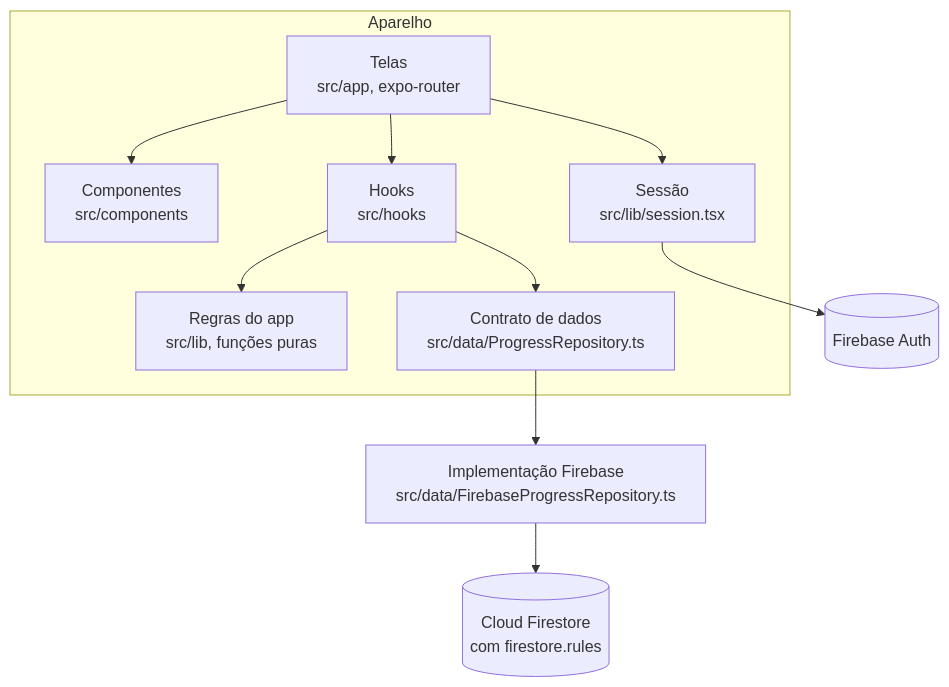
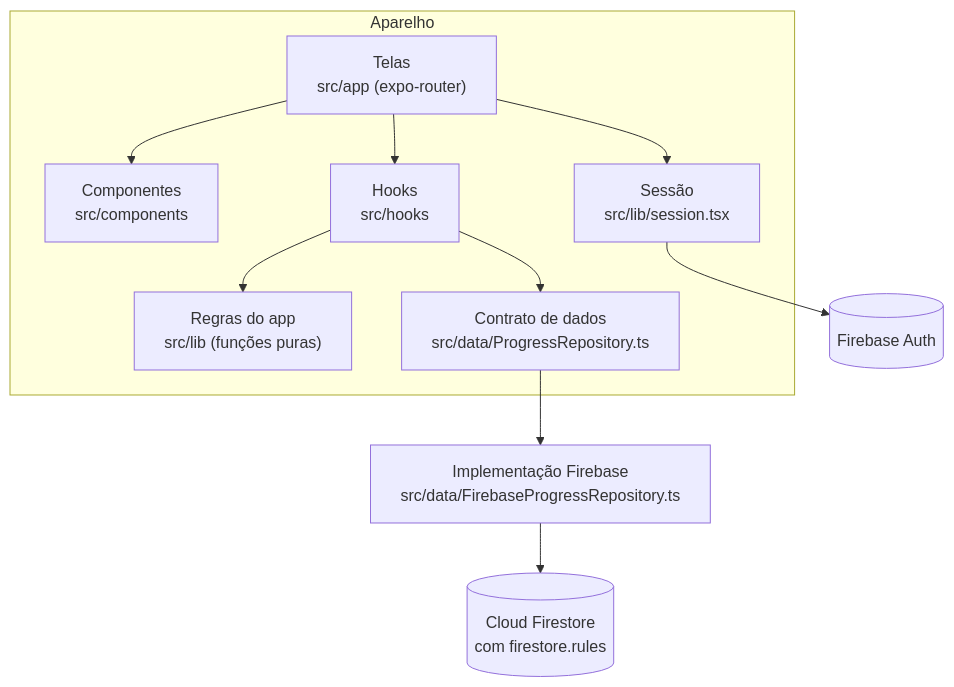
The third of 3 diagrams in docs/arquitetura.md (Tiagopbc/App_MobileBuilders_Maragames), drawn with Mermaid before and after one commit. The commit also changed 6 other files, not shown here.

Commit message:
Perfil sem o texto do Google que sobrou da entrega 1, e diagrama Camadas com rótulos entre aspas

````diff
--- a/docs/arquitetura.md
+++ b/docs/arquitetura.md
@@ -48,13 +48,13 @@
 ```mermaid
 flowchart TB
     subgraph Aparelho
-        T[Telas<br/>src/app, expo-router] --> K[Componentes<br/>src/components]
-        T --> S[Sessão<br/>src/lib/session.tsx]
-        T --> H[Hooks<br/>src/hooks]
-        H --> L[Regras do app<br/>src/lib, funções puras]
-        H --> R[Contrato de dados<br/>src/data/ProgressRepository.ts]
+        T["Telas<br/>src/app (expo-router)"] --> K["Componentes<br/>src/components"]
+        T --> S["Sessão<br/>src/lib/session.tsx"]
+        T --> H["Hooks<br/>src/hooks"]
+        H --> L["Regras do app<br/>src/lib (funções puras)"]
+        H --> R["Contrato de dados<br/>src/data/ProgressRepository.ts"]
     end
-    R --> FR[Implementação Firebase<br/>src/data/FirebaseProgressRepository.ts]
-    S --> A[(Firebase Auth)]
-    FR --> F[(Cloud Firestore<br/>com firestore.rules)]
+    R --> FR["Implementação Firebase<br/>src/data/FirebaseProgressRepository.ts"]
+    S --> A[("Firebase Auth")]
+    FR --> F[("Cloud Firestore<br/>com firestore.rules")]
 ```
````
